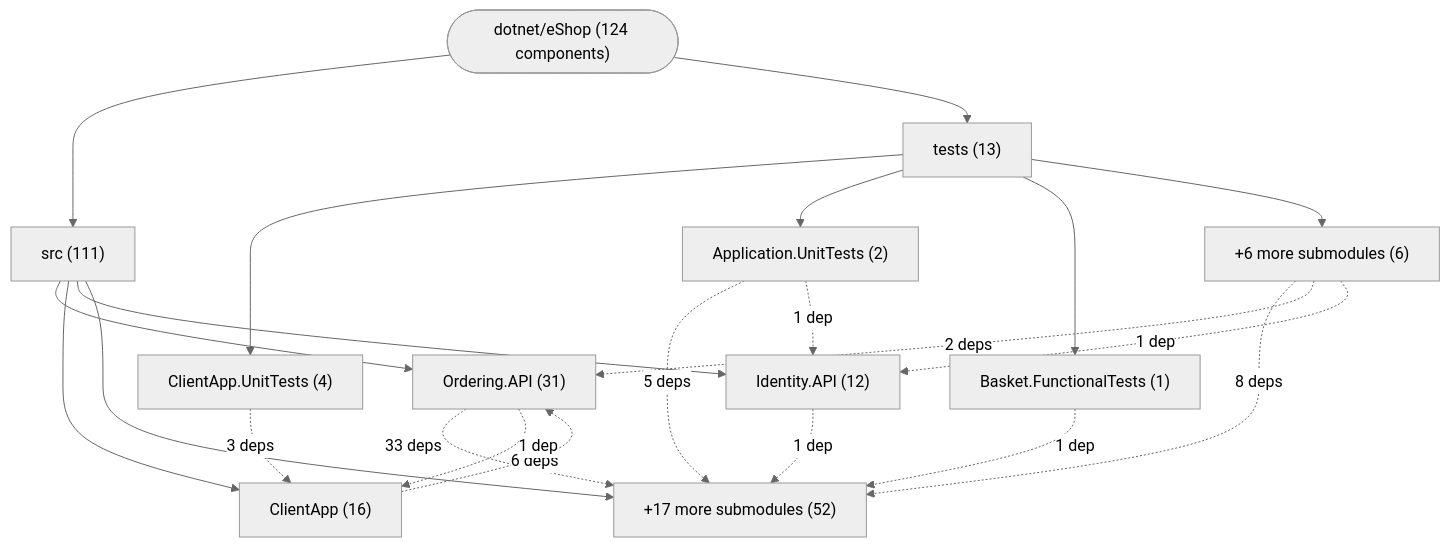
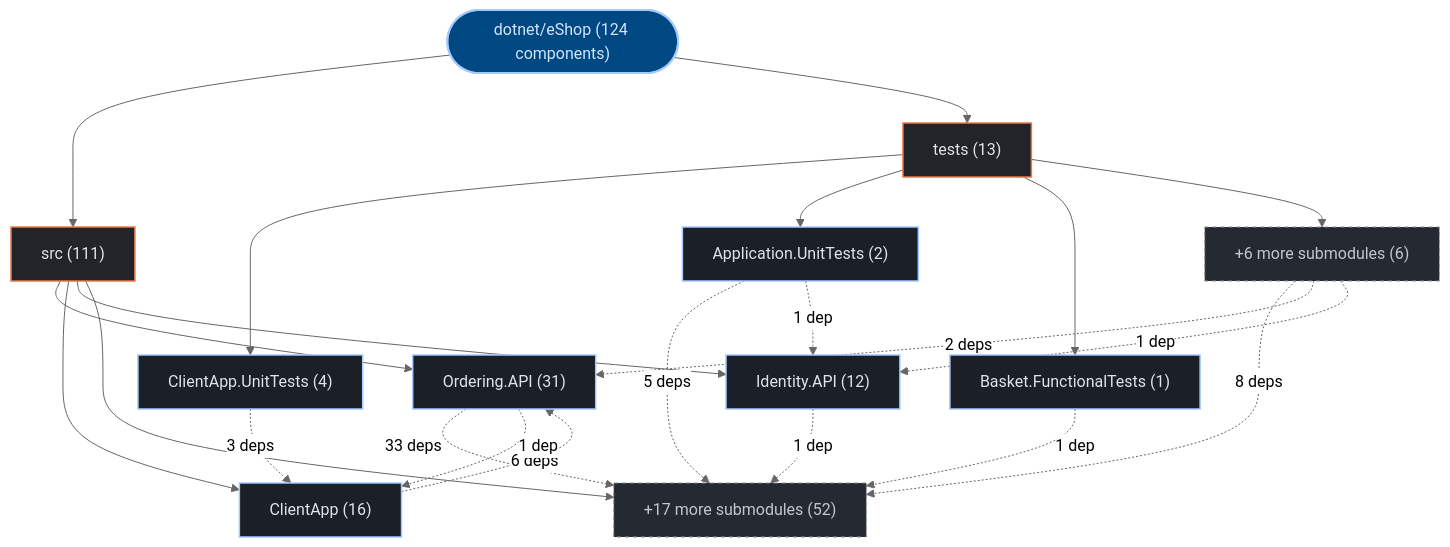
The first of 3 diagrams in exports/latest/reports/dotnet-eShop-report.md (kumarshaz/atruss-code-atlas), drawn with Mermaid (neutral theme) before and after one commit. The commit also changed other lines of this file and 331 other files, not shown here.

Commit message:
docs,ui,fix: update SDLC docs, reorder CI/CD DAG first, stylize Mermaid, and fix Arc42 pipeline topology

````diff
--- a/exports/latest/reports/dotnet-eShop-report.md
+++ b/exports/latest/reports/dotnet-eShop-report.md
@@ -42,35 +42,42 @@
 ```mermaid
 graph TD;
-    repo_root(["dotnet/eShop (124 components)"])
-    dir_0_src["src (111)"]
+  classDef atlasRoot fill:#004882,stroke:#a3c9ff,stroke-width:2px,color:#d3e4ff
+  classDef atlasCategory fill:#212428,stroke:#E87A48,stroke-width:1.5px,color:#dfe3eb
+  classDef atlasWorkflow fill:#1b2026,stroke:#a3c9ff,stroke-width:1.5px,color:#dfe3eb
+  classDef atlasJob fill:#171c22,stroke:#8d9199,stroke-width:1px,color:#dfe3eb
+  classDef atlasTarget fill:#005227,stroke:#8bd99b,stroke-width:1.5px,color:#a7f6b6
+  classDef atlasAlert fill:#93000a,stroke:#ffb4ab,stroke-width:1.5px,color:#ffdad6
+  classDef atlasMore fill:#252a31,stroke:#8d9199,stroke-dasharray:4 4,color:#c3c6cf
+    repo_root(["dotnet/eShop (124 components)"]):::atlasRoot
+    dir_0_src["src (111)"]:::atlasCategory
     repo_root --> dir_0_src
-    sub_0_0_Ordering_API["Ordering.API (31)"]
+    sub_0_0_Ordering_API["Ordering.API (31)"]:::atlasWorkflow
     dir_0_src --> sub_0_0_Ordering_API
-    sub_0_1_ClientApp["ClientApp (16)"]
+    sub_0_1_ClientApp["ClientApp (16)"]:::atlasWorkflow
     dir_0_src --> sub_0_1_ClientApp
-    sub_0_2_Identity_API["Identity.API (12)"]
+    sub_0_2_Identity_API["Identity.API (12)"]:::atlasWorkflow
     dir_0_src --> sub_0_2_Identity_API
-    sub_0_more["+17 more submodules (52)"]
+    sub_0_more["+17 more submodules (52)"]:::atlasMore
     dir_0_src --> sub_0_more
-    dir_1_tests["tests (13)"]
+    dir_1_tests["tests (13)"]:::atlasCategory
     repo_root --> dir_1_tests
-    sub_1_0_ClientApp_UnitTests["ClientApp.UnitTests (4)"]
+    sub_1_0_ClientApp_UnitTests["ClientApp.UnitTests (4)"]:::atlasWorkflow
     dir_1_tests --> sub_1_0_ClientApp_UnitTests
-    sub_1_1_Application_UnitTests["Application.UnitTests (2)"]
+    sub_1_1_Application_UnitTests["Application.UnitTests (2)"]:::atlasWorkflow
     dir_1_tests --> sub_1_1_Application_UnitTests
-    sub_1_2_Basket_FunctionalTests["Basket.FunctionalTests (1)"]
+    sub_1_2_Basket_FunctionalTests["Basket.FunctionalTests (1)"]:::atlasWorkflow
     dir_1_tests --> sub_1_2_Basket_FunctionalTests
-    sub_1_more["+6 more submodules (6)"]
+    sub_1_more["+6 more submodules (6)"]:::atlasMore
     dir_1_tests --> sub_1_more
     sub_0_0_Ordering_API -.->|"33 deps"| sub_0_more
     sub_1_more -.->|"8 deps"| sub_0_more
     sub_0_1_ClientApp -.->|"6 deps"| sub_0_0_Ordering_API
     sub_1_1_Application_UnitTests -.->|"5 deps"| sub_0_more
     sub_1_0_ClientApp_UnitTests -.->|"3 deps"| sub_0_1_ClientApp
     sub_1_more -.->|"2 deps"| sub_0_0_Ordering_API
     sub_0_0_Ordering_API -.->|"1 dep"| sub_0_1_ClientApp
     sub_0_2_Identity_API -.->|"1 dep"| sub_0_more
     sub_1_1_Application_UnitTests -.->|"1 dep"| sub_0_2_Identity_API
     sub_1_2_Basket_FunctionalTests -.->|"1 dep"| sub_0_more
     sub_1_more -.->|"1 dep"| sub_0_2_Identity_API
 ```
````
